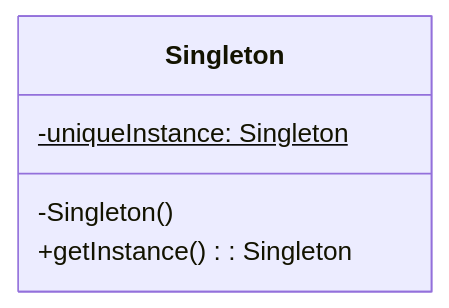
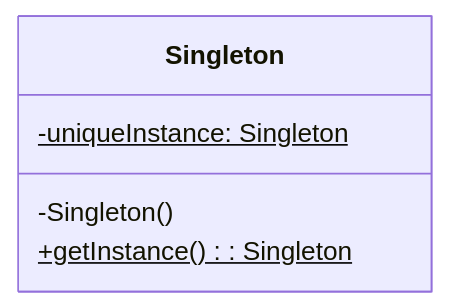
One commit to welldesignedsystem/welldesignedsystem.github.io changed the first of 23 diagrams in content/english/blog/system_design/core_design_patterns.md. Above: the diagram before and after it, drawn with Mermaid. The commit also changed other lines of this file and 1 other file, not shown here.

````diff
--- a/content/english/blog/system_design/core_design_patterns.md
+++ b/content/english/blog/system_design/core_design_patterns.md
@@ -31,8 +41,8 @@
 ```mermaid
 classDiagram
     class Singleton {
         -uniqueInstance: Singleton$
         -Singleton()
-        +getInstance(): Singleton
+        +getInstance(): Singleton$
     }
 ```
````
